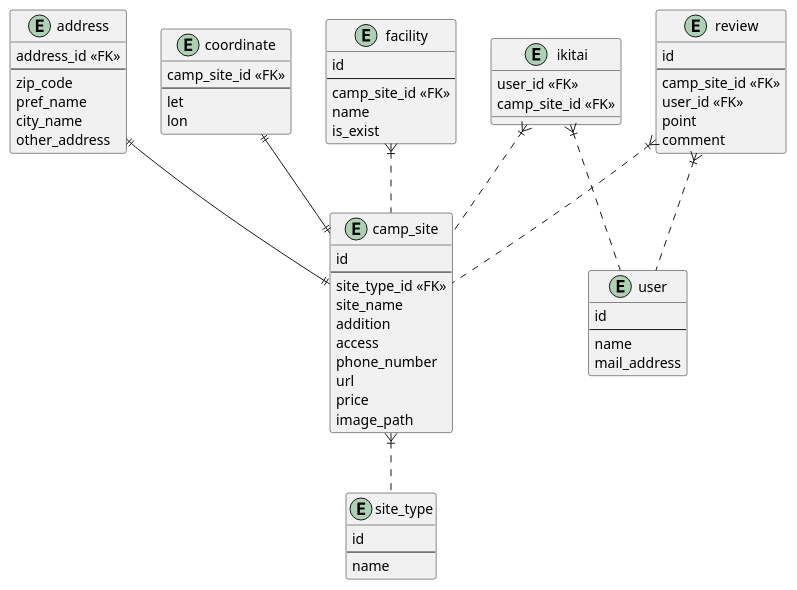
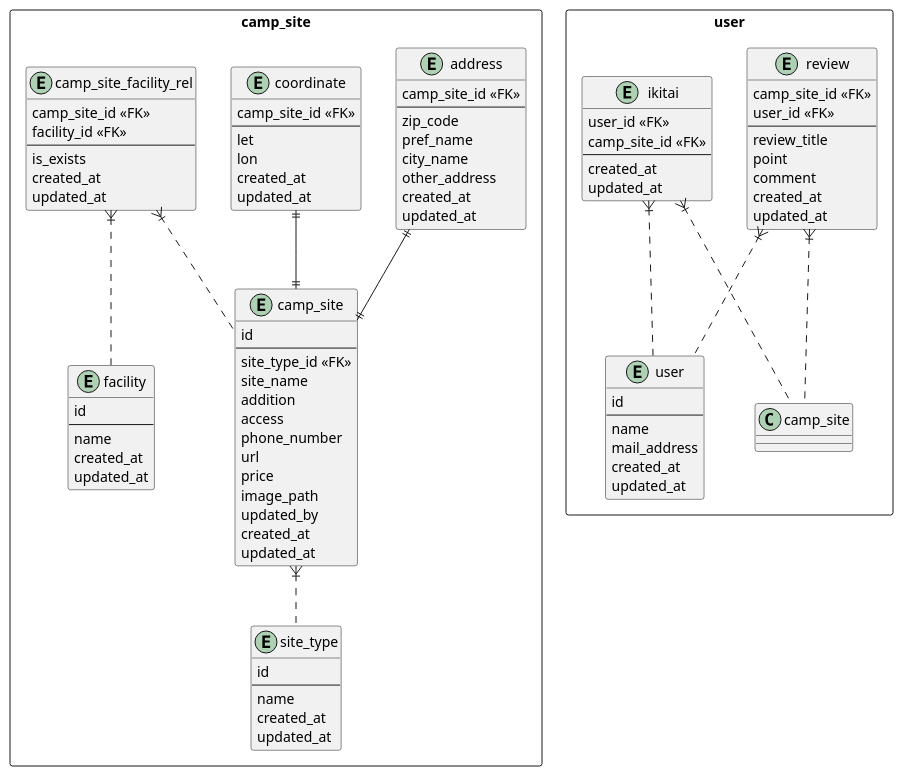
One commit to tamaki-tech/camp-ikitai changed the diagram in camp_ikitai_doc/DataModel.pu. Above: the diagram before and after it, drawn with PlantUML.

Commit message:
データモデル図修正

```diff
--- a/camp_ikitai_doc/DataModel.pu
+++ b/camp_ikitai_doc/DataModel.pu
@@ -1,75 +1,105 @@
 @startuml data_model
 
-entity site_type {
-    id
-    --
-    name
+rectangle camp_site {
+    entity site_type {
+        id
+        --
+        name
+        created_at
+        updated_at
+    }
+
+    entity camp_site {
+        id
+        --
+        site_type_id <<FK>>
+        site_name
+        addition
+        access
+        phone_number
+        url
+        price
+        image_path
+        updated_by
+        created_at
+        updated_at
+    }
+    camp_site }|.. site_type
+
+    entity address {
+        camp_site_id <<FK>>
+        --
+        zip_code
+        pref_name
+        city_name
+        other_address
+        created_at
+        updated_at
+    }
+    address||--||camp_site
+
+    entity coordinate {
+        camp_site_id <<FK>>
+        --
+        let
+        lon
+        created_at
+        updated_at
+    }
+    coordinate||--||camp_site
+
+    entity facility {
+        id
+        --
+        name
+        created_at
+        updated_at
+    }
+
+    entity camp_site_facility_rel {
+        camp_site_id <<FK>>
+        facility_id <<FK>>
+        --
+        is_exists
+        created_at
+        updated_at
+    }
+    camp_site_facility_rel }|.. camp_site
+    camp_site_facility_rel }|.. facility
 }
 
-entity camp_site {
-    id
-    --
-    site_type_id <<FK>>
-    site_name
-    addition
-    access
-    phone_number
-    url
-    price
-    image_path
-}
-camp_site }|.. site_type
+rectangle user {
+    entity user {
+        id
+        --
+        name
+        mail_address
+        created_at
+        updated_at
+    }
 
-entity address {
-    address_id <<FK>>
-    --
-    zip_code
-    pref_name
-    city_name
-    other_address
-}
-address||--||camp_site
+    entity review {
+        camp_site_id <<FK>>
+        user_id <<FK>>
+        --
+        review_title
+        point
+        comment
+        created_at
+        updated_at
+    }
+    review }|.. camp_site
+    review }|.. user
 
-entity coordinate {
-    camp_site_id <<FK>>
-    --
-    let
-    lon
-}
-coordinate||--||camp_site
-
-entity facility {
-    id
-    --
-    camp_site_id <<FK>>
-    name
-    is_exist
-}
-facility }|.. camp_site
-
-entity user {
-    id
-    --
-    name
-    mail_address
+    entity ikitai {
+        user_id <<FK>>
+        camp_site_id <<FK>>
+        --
+        created_at
+        updated_at
+    }
+    ikitai }|.. user
+    ikitai }|.. camp_site
 }
 
-entity review {
-    id
-    --
-    camp_site_id <<FK>>
-    user_id <<FK>>
-    point
-    comment
-}
-review }|.. camp_site
-review }|.. user
-
-entity ikitai {
-    user_id <<FK>>
-    camp_site_id <<FK>>
-}
-ikitai }|.. user
-ikitai }|.. camp_site
-
 @enduml
```
